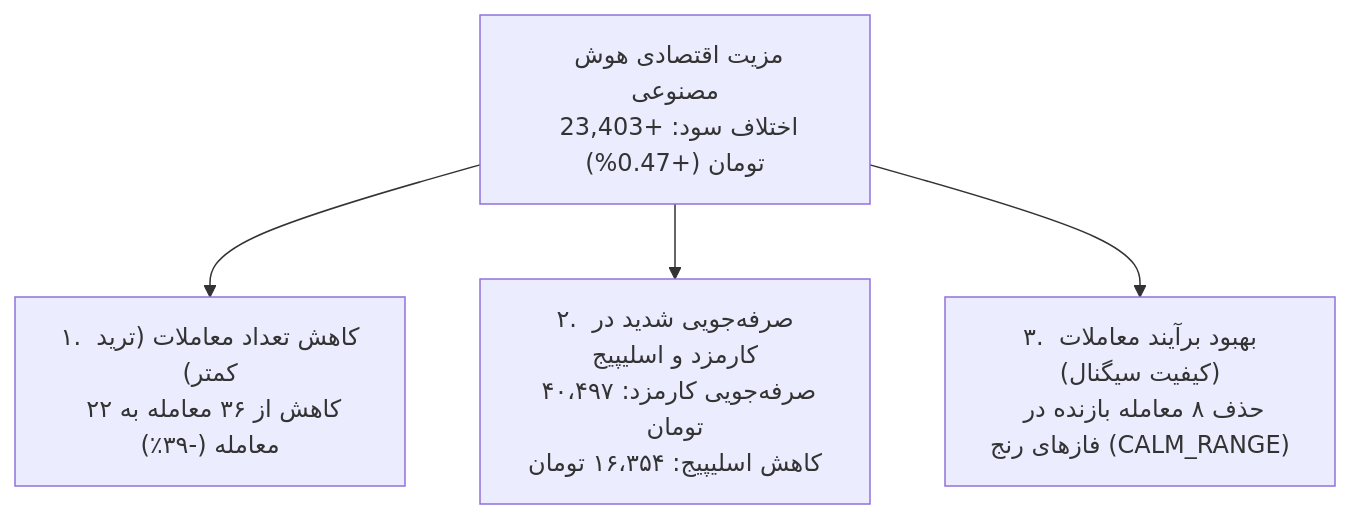
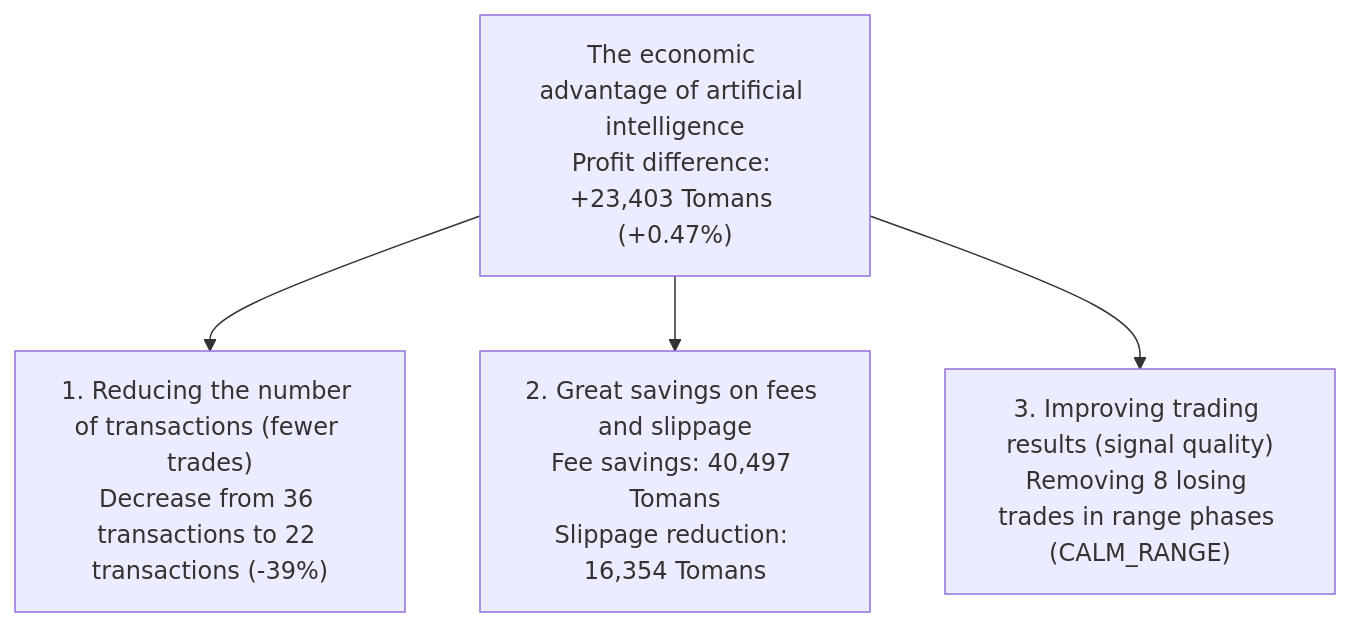
The diagram in docs/PHASE20_PNL_RECONCILIATION.md (AliFazelniya/wallextrade), drawn with Mermaid before and after one commit. The commit also changed other lines of this file and 81 other files, not shown here.

````diff
--- a/docs/PHASE20_PNL_RECONCILIATION.md
+++ b/docs/PHASE20_PNL_RECONCILIATION.md
@@ -88,6 +88,6 @@
 ```mermaid
 flowchart TD
-    A["مزیت اقتصادی هوش مصنوعی\nاختلاف سود: +23,403 تومان (+0.47%)"] --> B["۱. کاهش تعداد معاملات (ترید کمتر)\nکاهش از ۳۶ معامله به ۲۲ معامله (-۳۹٪)"]
-    A --> C["۲. صرفه‌جویی شدید در کارمزد و اسلیپیج\nصرفه‌جویی کارمزد: ۴۰،۴۹۷ تومان\nکاهش اسلیپیج: ۱۶،۳۵۴ تومان"]
-    A --> D["۳. بهبود برآیند معاملات (کیفیت سیگنال)\nحذف ۸ معامله بازنده در فازهای رنج (CALM_RANGE)"]
+    A["The economic advantage of artificial intelligence\nProfit difference: +23,403 Tomans (+0.47%)"] --> B["1. Reducing the number of transactions (fewer trades)\nDecrease from 36 transactions to 22 transactions (-39%)"]
+    A --> C["2. Great savings on fees and slippage\nFee savings: 40,497 Tomans\nSlippage reduction: 16,354 Tomans"]
+    A --> D["3. Improving trading results (signal quality)\nRemoving 8 losing trades in range phases (CALM_RANGE)"]
 ```
````
